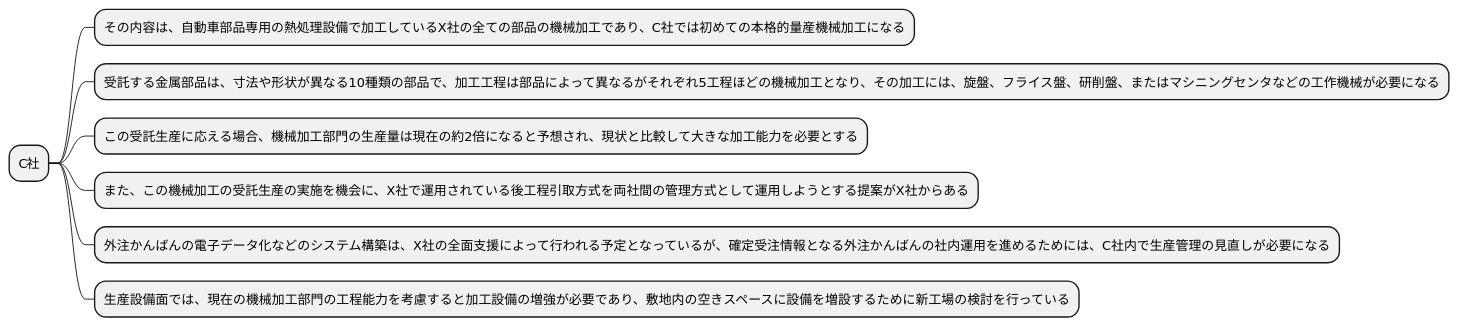
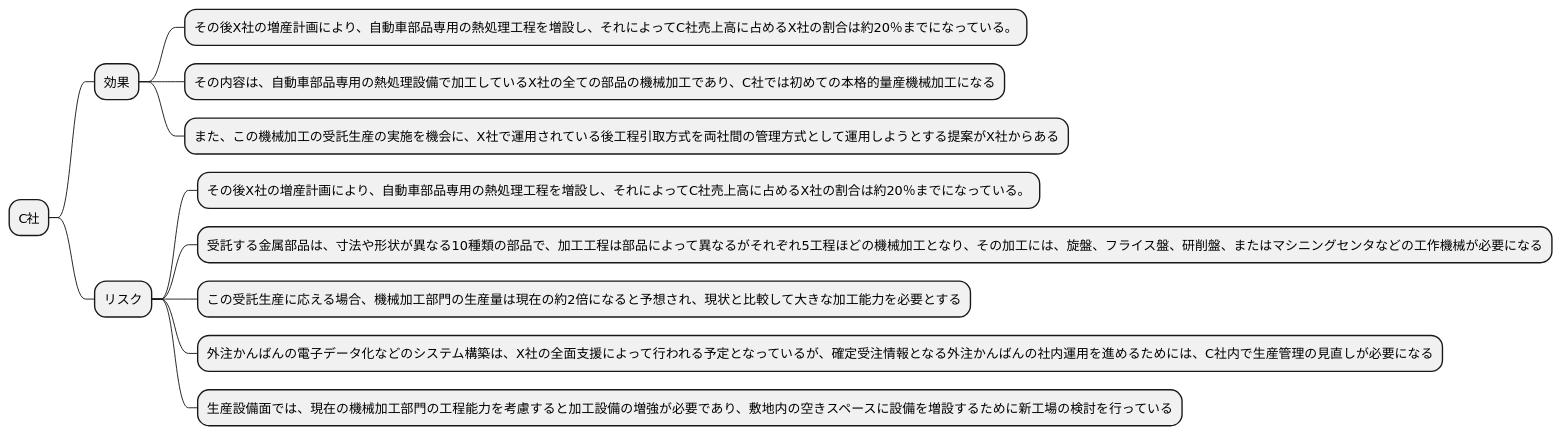
The fifth of 12 diagrams in docs/R01/study/study_3_take01.md (k2works/requirements_definition_excercise), drawn with PlantUML before and after one commit. The commit also changed other lines of this file, not shown here.

````diff
--- a/docs/R01/study/study_3_take01.md
+++ b/docs/R01/study/study_3_take01.md
@@ -204,13 +207,17 @@
 ```plantuml
 @startmindmap
 
 * C社
-** その内容は、自動車部品専用の熱処理設備で加工しているX社の全ての部品の機械加工であり、C社では初めての本格的量産機械加工になる
-** 受託する金属部品は、寸法や形状が異なる10種類の部品で、加工工程は部品によって異なるがそれぞれ5工程ほどの機械加工となり、その加工には、旋盤、フライス盤、研削盤、またはマシニングセンタなどの工作機械が必要になる
-** この受託生産に応える場合、機械加工部門の生産量は現在の約2倍になると予想され、現状と比較して大きな加工能力を必要とする
-** また、この機械加工の受託生産の実施を機会に、X社で運用されている後工程引取方式を両社間の管理方式として運用しようとする提案がX社からある
-** 外注かんばんの電子データ化などのシステム構築は、X社の全面支援によって行われる予定となっているが、確定受注情報となる外注かんばんの社内運用を進めるためには、C社内で生産管理の見直しが必要になる
-** 生産設備面では、現在の機械加工部門の工程能力を考慮すると加工設備の増強が必要であり、敷地内の空きスペースに設備を増設するために新工場の検討を行っている
+** 効果
+*** その後X社の増産計画により、自動車部品専用の熱処理工程を増設し、それによってC社売上高に占めるX社の割合は約20％までになっている。
+*** その内容は、自動車部品専用の熱処理設備で加工しているX社の全ての部品の機械加工であり、C社では初めての本格的量産機械加工になる
+*** また、この機械加工の受託生産の実施を機会に、X社で運用されている後工程引取方式を両社間の管理方式として運用しようとする提案がX社からある
+** リスク
+*** その後X社の増産計画により、自動車部品専用の熱処理工程を増設し、それによってC社売上高に占めるX社の割合は約20％までになっている。
+*** 受託する金属部品は、寸法や形状が異なる10種類の部品で、加工工程は部品によって異なるがそれぞれ5工程ほどの機械加工となり、その加工には、旋盤、フライス盤、研削盤、またはマシニングセンタなどの工作機械が必要になる
+*** この受託生産に応える場合、機械加工部門の生産量は現在の約2倍になると予想され、現状と比較して大きな加工能力を必要とする
+*** 外注かんばんの電子データ化などのシステム構築は、X社の全面支援によって行われる予定となっているが、確定受注情報となる外注かんばんの社内運用を進めるためには、C社内で生産管理の見直しが必要になる
+*** 生産設備面では、現在の機械加工部門の工程能力を考慮すると加工設備の増強が必要であり、敷地内の空きスペースに設備を増設するために新工場の検討を行っている
 
 @endmindmap
 ```
````
